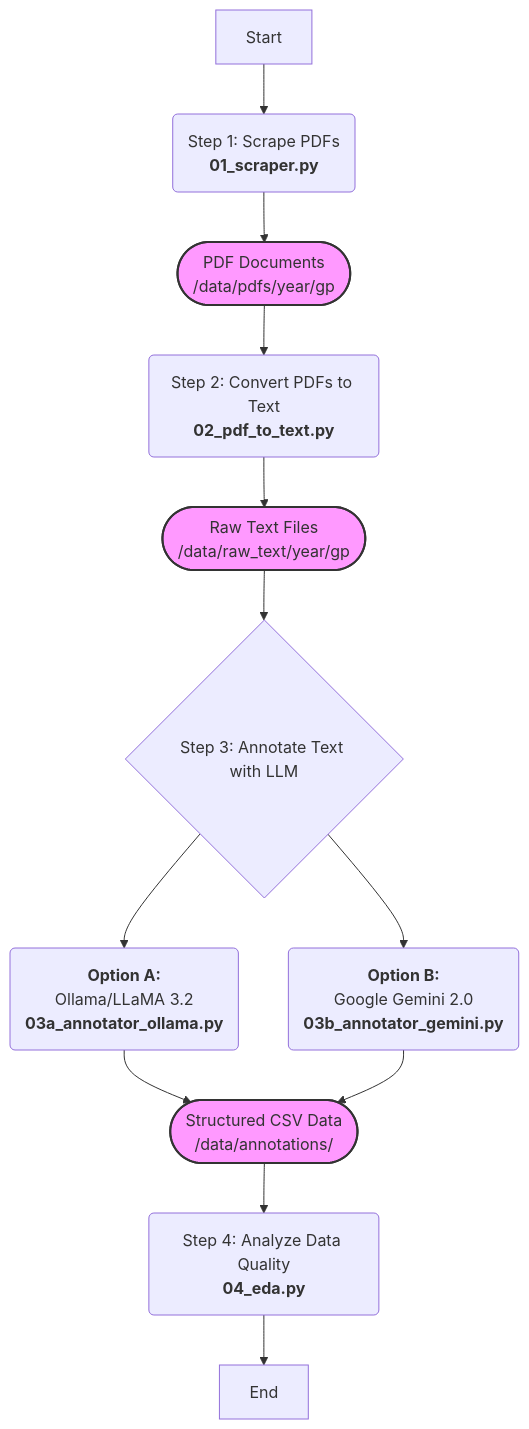
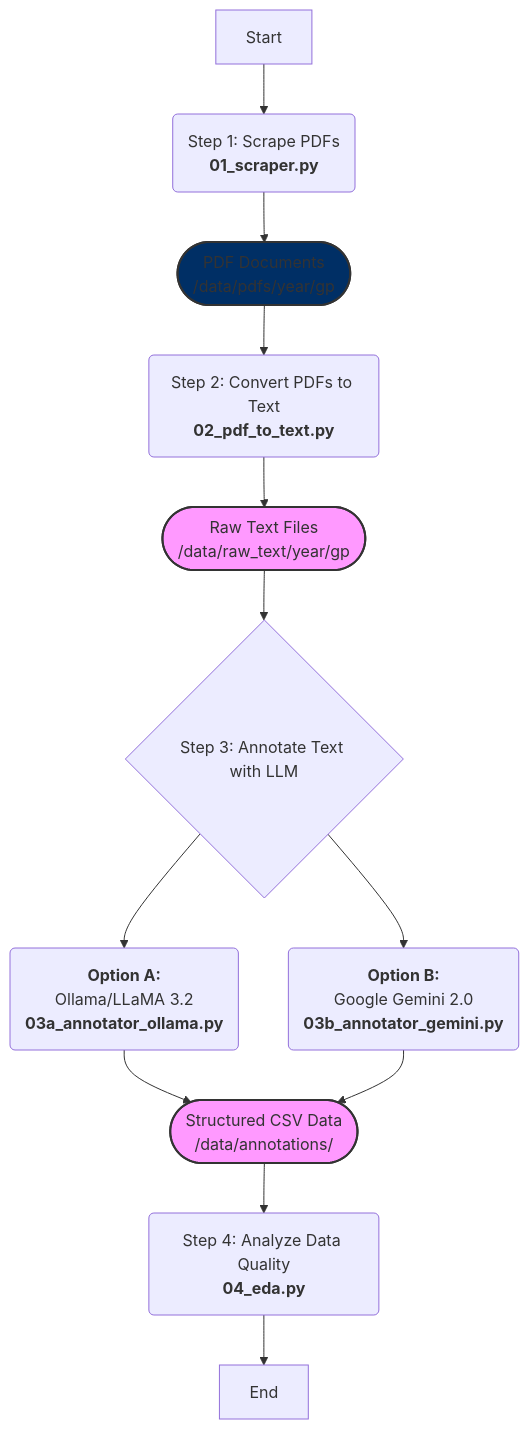
The first of 5 diagrams in README.md (Rhabibi1609/End-to-End_ETL_4_formula-1-penalty-data-using-selenium-and-llms), drawn with Mermaid before and after one commit.

````diff
--- a/README.md
+++ b/README.md
@@ -20,18 +20,18 @@
 ```mermaid
 flowchart TD
     A[Start] --> B(Step 1: Scrape PDFs<br><b>01_scraper.py</b>);
     B --> C([PDF Documents<br>/data/pdfs/year/gp]);
     C --> D(Step 2: Convert PDFs to Text<br><b>02_pdf_to_text.py</b>);
     D --> E([Raw Text Files<br>/data/raw_text/year/gp]);
     E --> F{Step 3: Annotate Text with LLM};
     F --> G(<b>Option A:</b><br>Ollama/LLaMA 3.2<br><b>03a_annotator_ollama.py</b>);
     F --> H(<b>Option B:</b><br>Google Gemini 2.0<br><b>03b_annotator_gemini.py</b>);
     G --> I([Structured CSV Data<br>/data/annotations/]);
     H --> I;
     I --> J(Step 4: Analyze Data Quality<br><b>04_eda.py</b>);
     J --> K[End];
 
-    style C fill:#f9f,stroke:#333,stroke-width:2px
+    style C fill:#002F65,stroke:#333,stroke-width:2px
     style E fill:#f9f,stroke:#333,stroke-width:2px
     style I fill:#f9f,stroke:#333,stroke-width:2px
 ```
````
